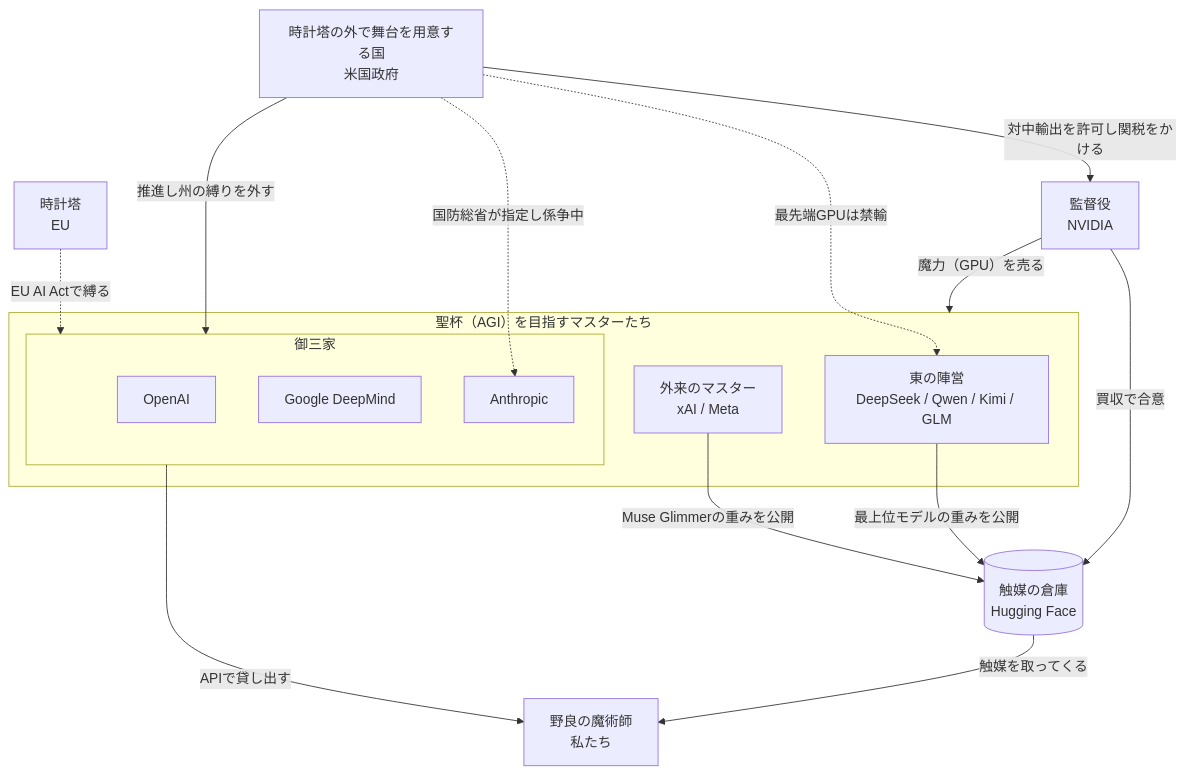
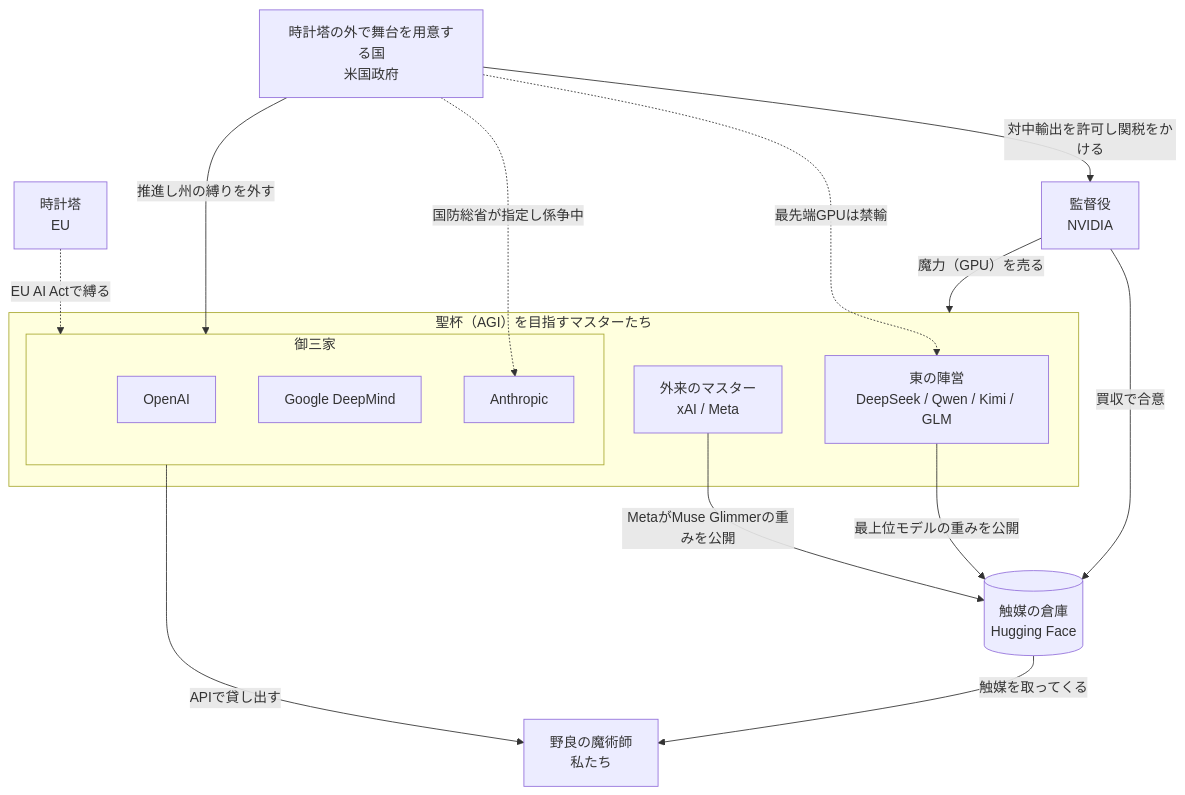
One commit to akari-iku/akari-iku.github.io changed the first of 2 diagrams in src/content/blog/ja/fate-ai-industry.md. Above: the diagram before and after it, drawn with Mermaid. The commit also changed other lines of this file and 2 other files, not shown here.

````diff
--- a/src/content/blog/ja/fate-ai-industry.md
+++ b/src/content/blog/ja/fate-ai-industry.md
@@ -236,29 +237,29 @@
 ```mermaid
 flowchart TB
   us["時計塔の外で舞台を用意する国<br>米国政府"]
   eu["時計塔<br>EU"]
   nvidia["監督役<br>NVIDIA"]
   subgraph masters["聖杯（AGI）を目指すマスターたち"]
     subgraph gosanke["御三家"]
       openai["OpenAI"]
       gdm["Google DeepMind"]
       anthropic["Anthropic"]
     end
     gairai["外来のマスター<br>xAI / Meta"]
     east["東の陣営<br>DeepSeek / Qwen / Kimi / GLM"]
   end
   hf[("触媒の倉庫<br>Hugging Face")]
   you["野良の魔術師<br>私たち"]
 
   us -->|"推進し州の縛りを外す"| gosanke
   us -->|"対中輸出を許可し関税をかける"| nvidia
   us -.->|"最先端GPUは禁輸"| east
   us -.->|"国防総省が指定し係争中"| anthropic
   eu -.->|"EU AI Actで縛る"| gosanke
   nvidia -->|"魔力（GPU）を売る"| masters
   nvidia -->|"買収で合意"| hf
   east -->|"最上位モデルの重みを公開"| hf
-  gairai -->|"Muse Glimmerの重みを公開"| hf
+  gairai -->|"MetaがMuse Glimmerの重みを公開"| hf
   gosanke -->|"APIで貸し出す"| you
   hf -->|"触媒を取ってくる"| you
 ```
````
